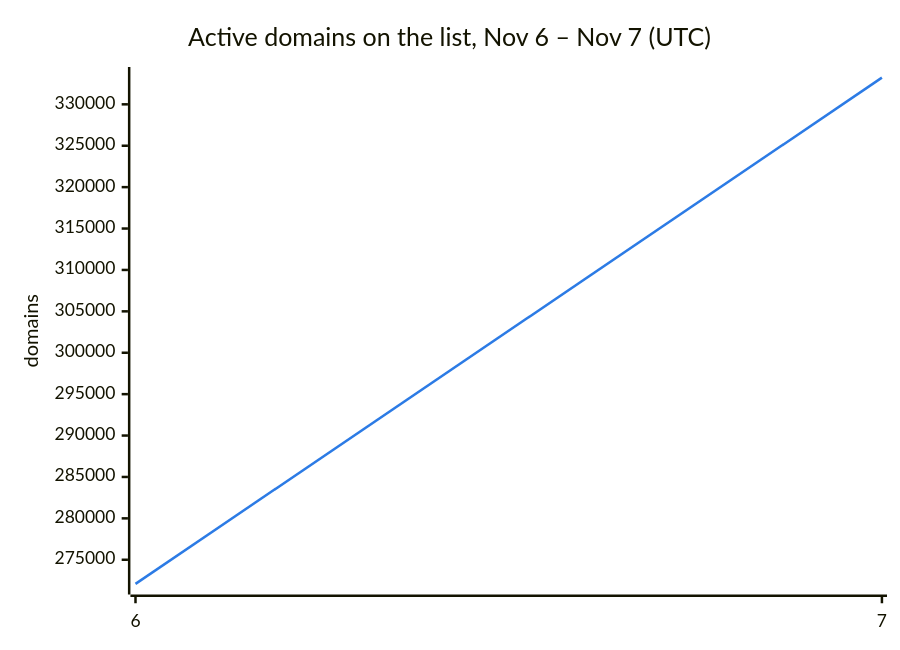
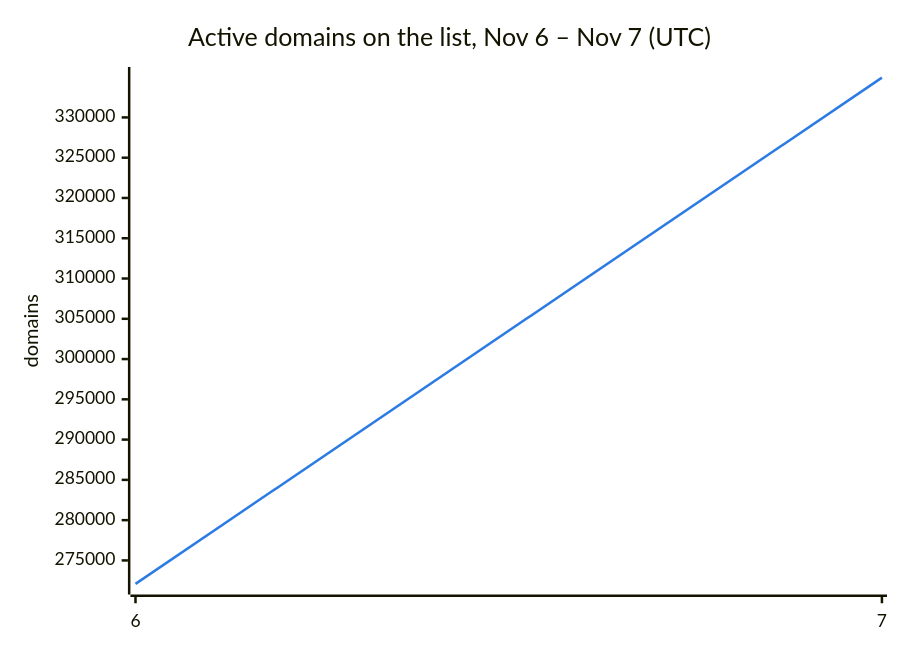
The second of 3 diagrams in README.md (DNSBunker/CTI), drawn with Mermaid before and after one commit. The commit also changed other lines of this file and 3 other files, not shown here.

````diff
--- a/README.md
+++ b/README.md
@@ -38,8 +38,8 @@
 ```mermaid
 %%{init: {"themeVariables": {"xyChart": {"plotColorPalette": "#2c7be5"}}}}%%
 xychart-beta
     title "Active domains on the list, Nov 6 – Nov 7 (UTC)"
     x-axis ["6", "7"]
     y-axis "domains"
-    line [272088, 333225]
+    line [272088, 334942]
 ```
````
